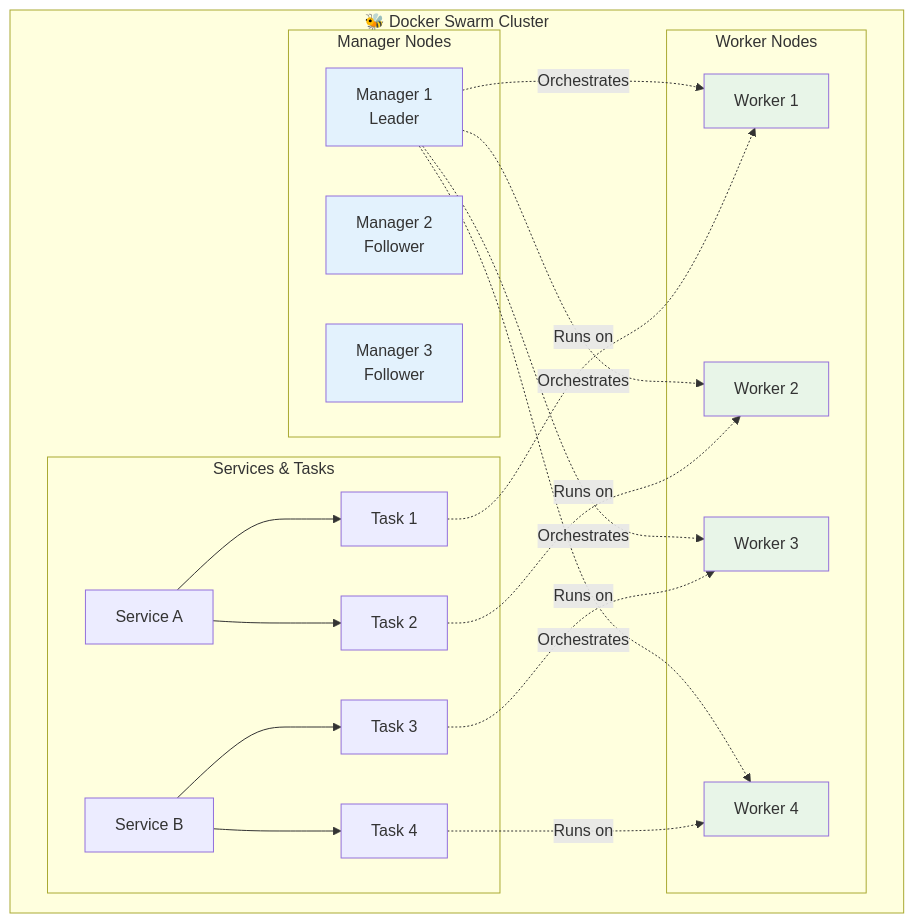
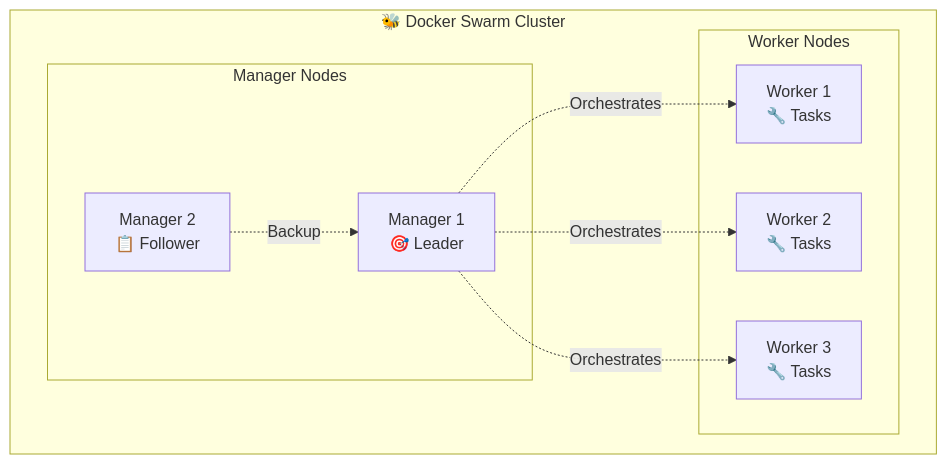
Before and after one commit to manikcloud/cloud-devops-learning-path: the second of 3 diagrams in Section-2-DevOps/Session-6_Docker-Swarm/README.md, drawn with Mermaid. The commit also changed other lines of this file, not shown here.

First line of the commit message:
Fix Docker Swarm page flow and organization

````diff
--- a/Section-2-DevOps/Session-6_Docker-Swarm/README.md
+++ b/Section-2-DevOps/Session-6_Docker-Swarm/README.md
@@ -136,49 +93,20 @@
 ```mermaid
 graph TB
     subgraph "🐝 Docker Swarm Cluster"
         subgraph "Manager Nodes"
-            M1[Manager 1<br/>Leader]
-            M2[Manager 2<br/>Follower]
-            M3[Manager 3<br/>Follower]
+            M1[Manager 1<br/>🎯 Leader]
+            M2[Manager 2<br/>📋 Follower]
         end
         
         subgraph "Worker Nodes"
-            W1[Worker 1]
-            W2[Worker 2]
-            W3[Worker 3]
-            W4[Worker 4]
-        end
-        
-        subgraph "Services & Tasks"
-            S1[Service A]
-            S2[Service B]
-            T1[Task 1]
-            T2[Task 2]
-            T3[Task 3]
-            T4[Task 4]
+            W1[Worker 1<br/>🔧 Tasks]
+            W2[Worker 2<br/>🔧 Tasks]
+            W3[Worker 3<br/>🔧 Tasks]
         end
         
         M1 -.->|Orchestrates| W1
         M1 -.->|Orchestrates| W2
         M1 -.->|Orchestrates| W3
-        M1 -.->|Orchestrates| W4
-        
-        S1 --> T1
-        S1 --> T2
-        S2 --> T3
-        S2 --> T4
-        
-        T1 -.->|Runs on| W1
-        T2 -.->|Runs on| W2
-        T3 -.->|Runs on| W3
-        T4 -.->|Runs on| W4
+        M2 -.->|Backup| M1
     end
-    
-    style M1 fill:#e3f2fd
-    style M2 fill:#e3f2fd
-    style M3 fill:#e3f2fd
-    style W1 fill:#e8f5e8
-    style W2 fill:#e8f5e8
-    style W3 fill:#e8f5e8
-    style W4 fill:#e8f5e8
 ```
````
